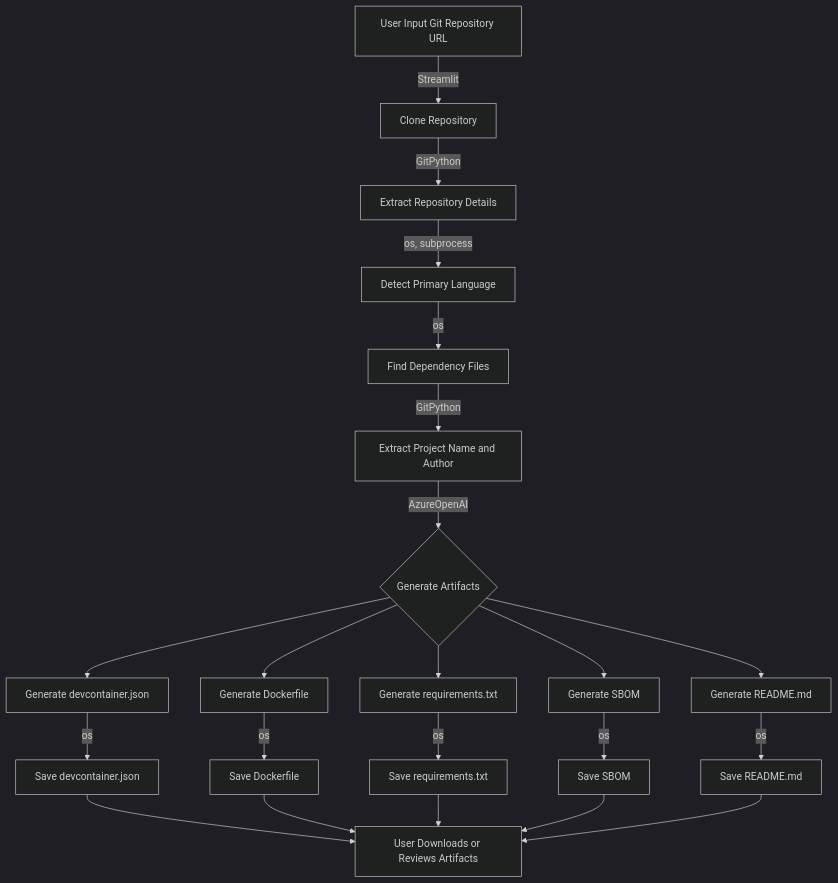
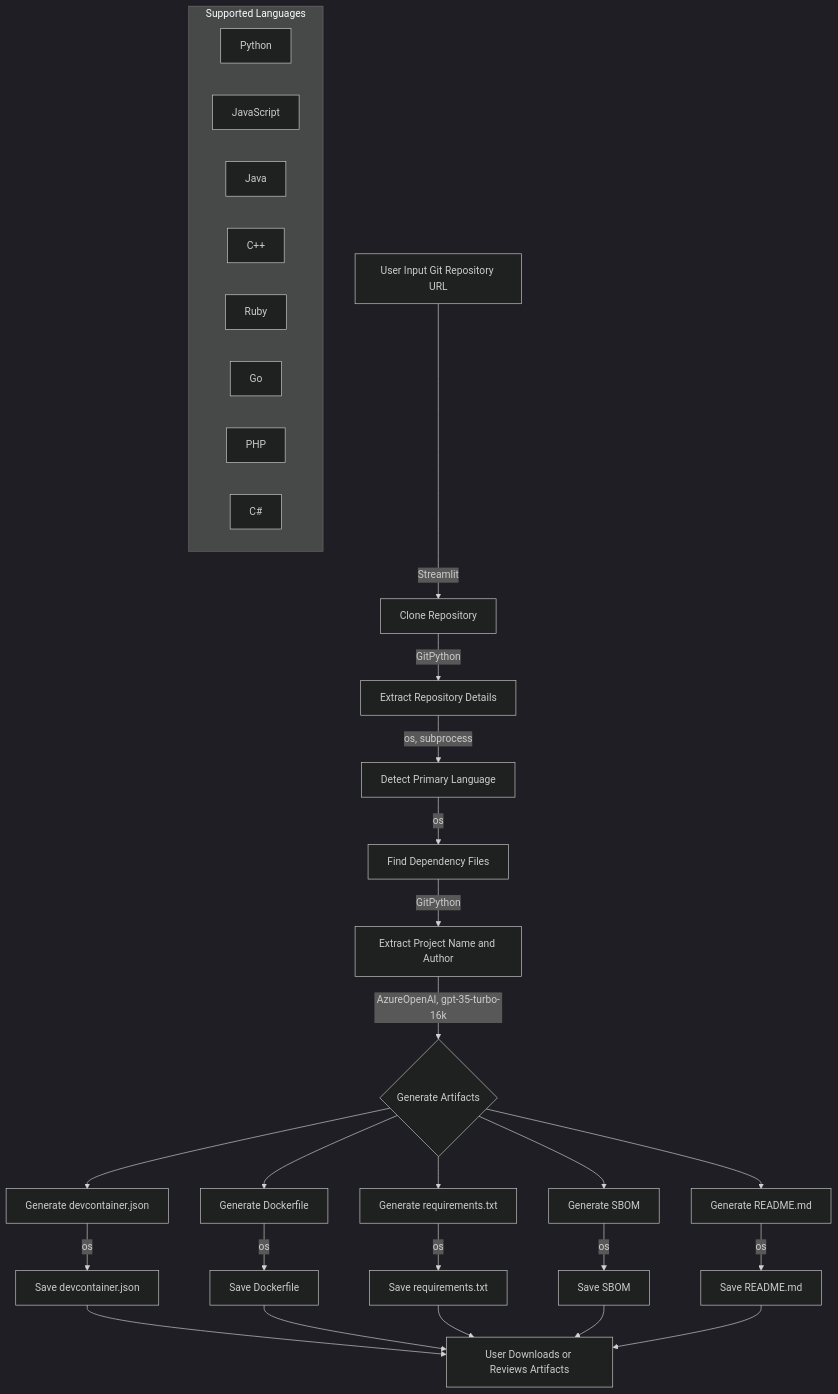
One commit to daytonaio-experiments/exp-202408-crimson changed the diagram in README.md. Above: the diagram before and after it, drawn with Mermaid (dark theme).

Commit message:
Improve mermaid diagram

````diff
--- a/README.md
+++ b/README.md
@@ -38,24 +38,34 @@
 ```mermaid
 graph TD
     A[User Input Git Repository URL] -->|Streamlit| B[Clone Repository]
     B -->|GitPython| C[Extract Repository Details]
     C -->|os, subprocess| D[Detect Primary Language]
     D -->|os| E[Find Dependency Files]
     E -->|GitPython| F[Extract Project Name and Author]
-    F -->|AzureOpenAI| G{Generate Artifacts}
+    F -->|AzureOpenAI, gpt-35-turbo-16k| G{Generate Artifacts}
     G --> H[Generate devcontainer.json]
     G --> I[Generate Dockerfile]
     G --> J[Generate requirements.txt]
     G --> K[Generate SBOM]
     G --> L[Generate README.md]
     H -->|os| M[Save devcontainer.json]
     I -->|os| N[Save Dockerfile]
     J -->|os| O[Save requirements.txt]
     K -->|os| P[Save SBOM]
     L -->|os| Q[Save README.md]
     M --> R[User Downloads or Reviews Artifacts]
     N --> R
     O --> R
     P --> R
     Q --> R
+    subgraph Supported Languages
+        py[Python]
+        js[JavaScript]
+        java[Java]
+        cpp[C++]
+        rb[Ruby]
+        go[Go]
+        php[PHP]
+        cs[C#]
+    end
 ```
````
